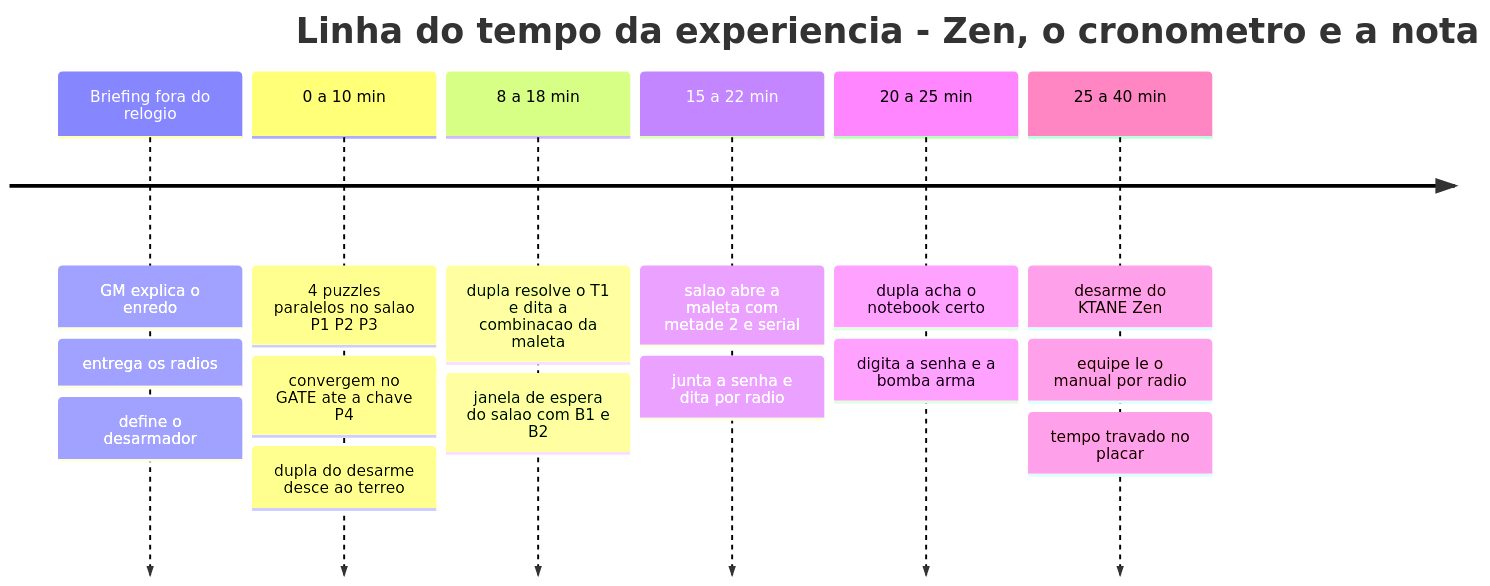
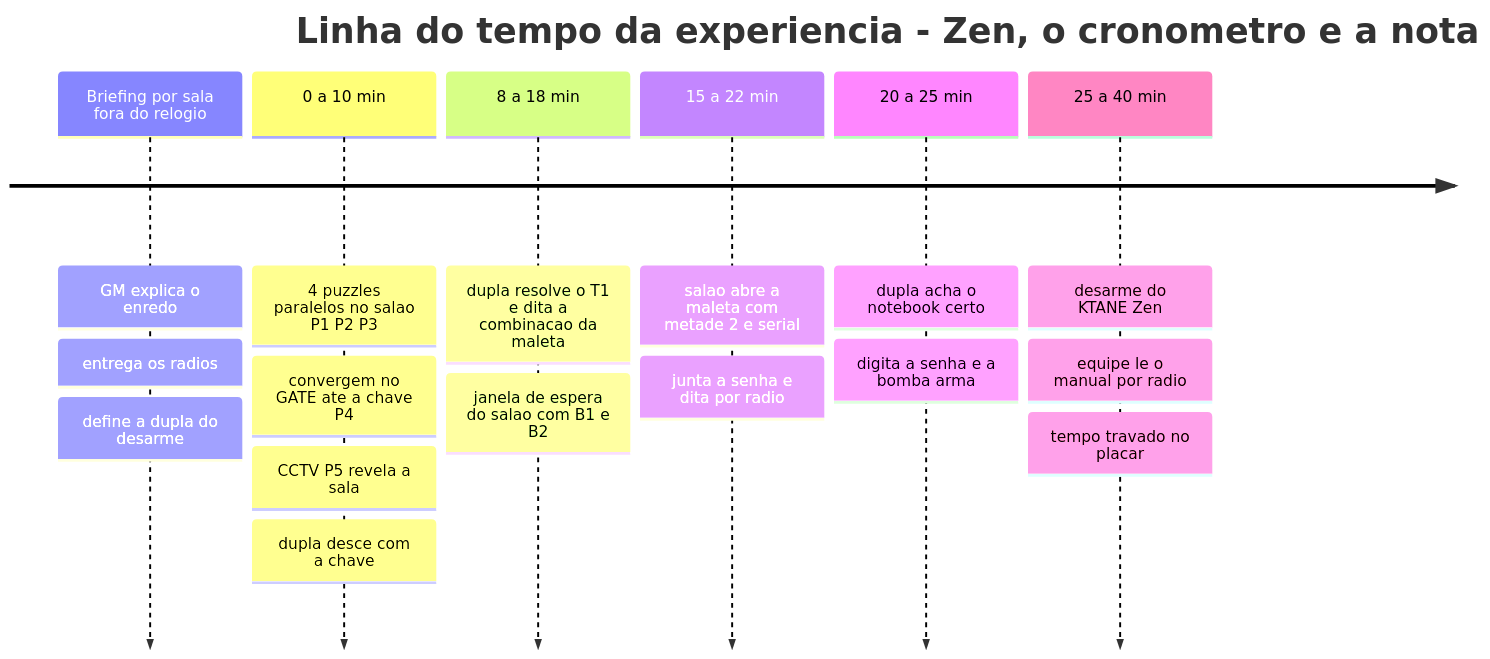
The second of 3 diagrams in docs/01-fluxo-e-mapa.md (eltoncezar/escape-room-iatec), drawn with Mermaid before and after one commit. The commit also changed other lines of this file and 6 other files, not shown here.

````diff
--- a/docs/01-fluxo-e-mapa.md
+++ b/docs/01-fluxo-e-mapa.md
@@ -73,10 +79,10 @@
 ```mermaid
 timeline
     title Linha do tempo da experiencia - Zen, o cronometro e a nota
-    Briefing fora do relogio : GM explica o enredo : entrega os radios : define o desarmador
-    0 a 10 min : 4 puzzles paralelos no salao P1 P2 P3 : convergem no GATE ate a chave P4 : dupla do desarme desce ao terreo
+    Briefing por sala fora do relogio : GM explica o enredo : entrega os radios : define a dupla do desarme
+    0 a 10 min : 4 puzzles paralelos no salao P1 P2 P3 : convergem no GATE ate a chave P4 : CCTV P5 revela a sala : dupla desce com a chave
     8 a 18 min : dupla resolve o T1 e dita a combinacao da maleta : janela de espera do salao com B1 e B2
     15 a 22 min : salao abre a maleta com metade 2 e serial : junta a senha e dita por radio
     20 a 25 min : dupla acha o notebook certo : digita a senha e a bomba arma
     25 a 40 min : desarme do KTANE Zen : equipe le o manual por radio : tempo travado no placar
 ```
````
